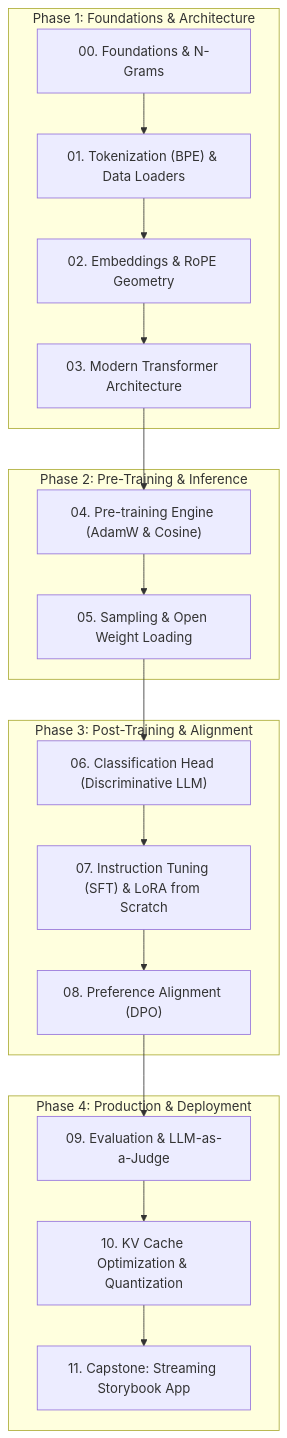
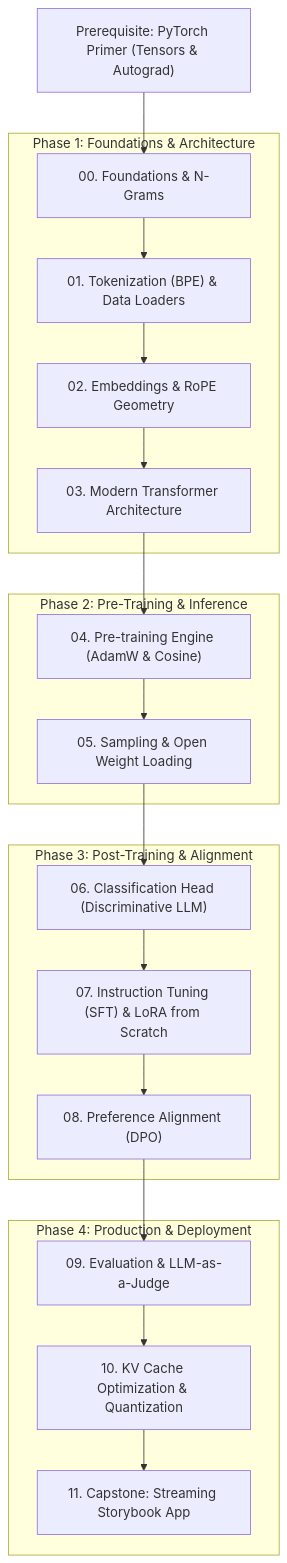
One commit to write2munish/StoryCraft-LLM changed the diagram in README.md. Above: the diagram before and after it, drawn with Mermaid. The commit also changed other lines of this file and 9 other files, not shown here.

Commit message:
Front-load PyTorch Primer before Module 00 and refocus Appendix A on DDP multi-GPU training

````diff
--- a/README.md
+++ b/README.md
@@ -38,25 +38,26 @@
 ```mermaid
 graph TD
+    Primer["Prerequisite: PyTorch Primer (Tensors & Autograd)"] --> M0["00. Foundations & N-Grams"]
     subgraph Phase 1: Foundations & Architecture
-        M0["00. Foundations & N-Grams"] --> M1["01. Tokenization (BPE) & Data Loaders"]
+        M0 --> M1["01. Tokenization (BPE) & Data Loaders"]
         M1 --> M2["02. Embeddings & RoPE Geometry"]
         M2 --> M3["03. Modern Transformer Architecture"]
     end
 
     subgraph Phase 2: Pre-Training & Inference
         M3 --> M4["04. Pre-training Engine (AdamW & Cosine)"]
         M4 --> M5["05. Sampling & Open Weight Loading"]
     end
 
     subgraph Phase 3: Post-Training & Alignment
         M5 --> M6["06. Classification Head (Discriminative LLM)"]
         M6 --> M7["07. Instruction Tuning (SFT) & LoRA from Scratch"]
         M7 --> M8["08. Preference Alignment (DPO)"]
     end
 
     subgraph Phase 4: Production & Deployment
         M8 --> M9["09. Evaluation & LLM-as-a-Judge"]
         M9 --> M10["10. KV Cache Optimization & Quantization"]
         M10 --> M11["11. Capstone: Streaming Storybook App"]
     end
 ```
````
